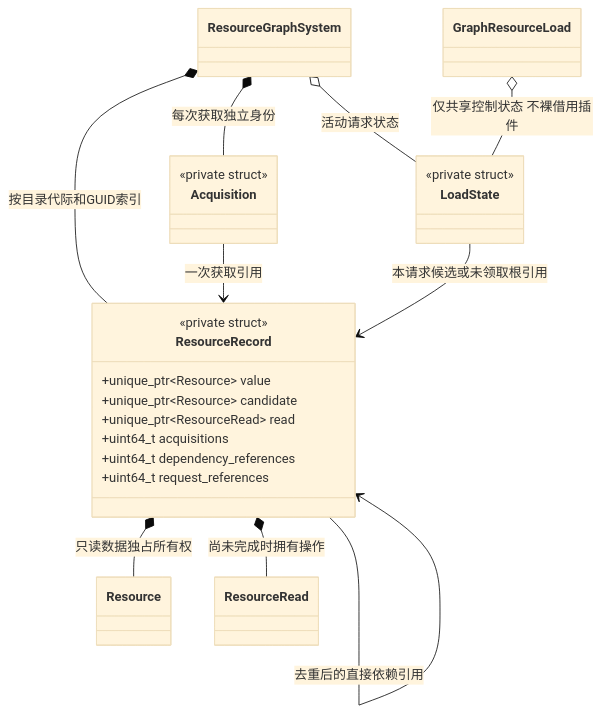
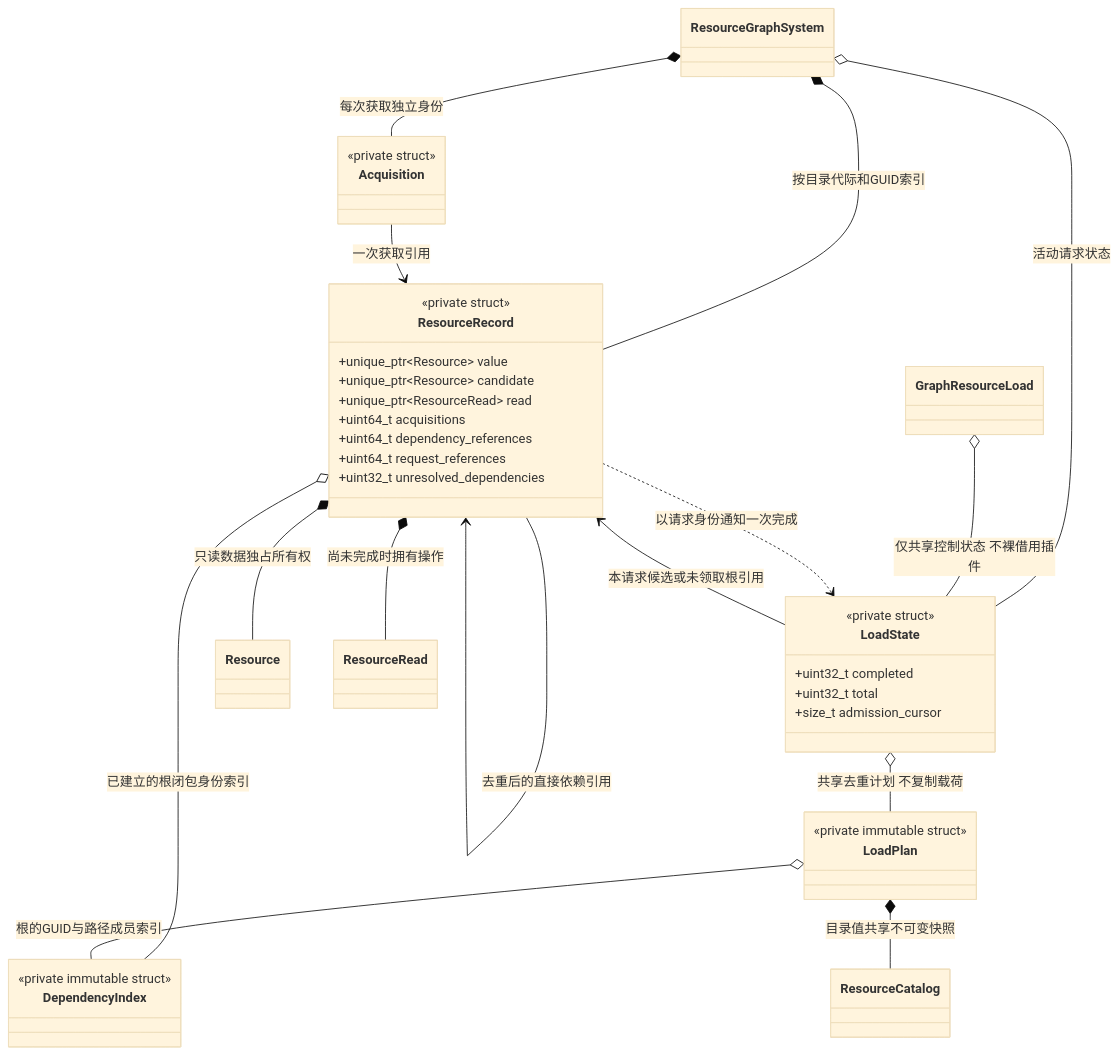
Before and after one commit to lcals/Engine: the second of 3 diagrams in docs/plugins/runtime/class-diagrams/resource-graph.md, drawn with Mermaid (base theme). The commit also changed other lines of this file and 119 other files, not shown here.

````diff
--- a/docs/plugins/runtime/class-diagrams/resource-graph.md
+++ b/docs/plugins/runtime/class-diagrams/resource-graph.md
@@ -58,31 +60,47 @@
 ```mermaid
 classDiagram
     class ResourceGraphSystem
     class ResourceRecord {
         <<private struct>>
         +unique_ptr~Resource~ value
         +unique_ptr~Resource~ candidate
         +unique_ptr~ResourceRead~ read
         +uint64_t acquisitions
         +uint64_t dependency_references
         +uint64_t request_references
+        +uint32_t unresolved_dependencies
     }
     class Acquisition {
         <<private struct>>
     }
     class LoadState {
         <<private struct>>
+        +uint32_t completed
+        +uint32_t total
+        +size_t admission_cursor
+    }
+    class LoadPlan {
+        <<private immutable struct>>
+    }
+    class DependencyIndex {
+        <<private immutable struct>>
     }
     class GraphResourceLoad
     class Resource
     class ResourceRead
+    class ResourceCatalog
     ResourceGraphSystem *-- ResourceRecord : 按目录代际和GUID索引
     ResourceGraphSystem *-- Acquisition : 每次获取独立身份
     ResourceGraphSystem o-- LoadState : 活动请求状态
     GraphResourceLoad o-- LoadState : 仅共享控制状态 不裸借用插件
     Acquisition --> ResourceRecord : 一次获取引用
     LoadState --> ResourceRecord : 本请求候选或未领取根引用
     ResourceRecord *-- Resource : 只读数据独占所有权
     ResourceRecord *-- ResourceRead : 尚未完成时拥有操作
     ResourceRecord --> ResourceRecord : 去重后的直接依赖引用
+    ResourceRecord o-- DependencyIndex : 已建立的根闭包身份索引
+    LoadState o-- LoadPlan : 共享去重计划 不复制载荷
+    LoadPlan *-- ResourceCatalog : 目录值共享不可变快照
+    LoadPlan o-- DependencyIndex : 根的GUID与路径成员索引
+    ResourceRecord ..> LoadState : 以请求身份通知一次完成
 ```
````
